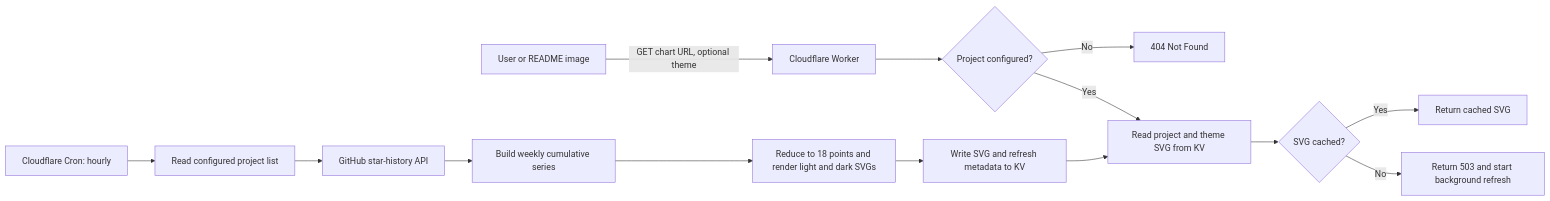
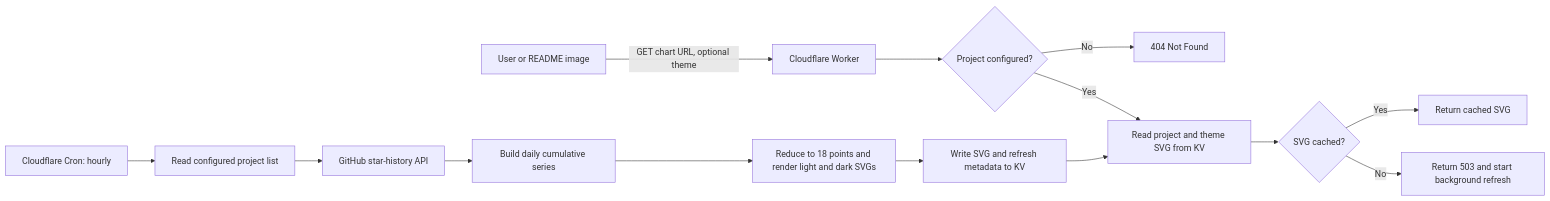
One commit to yuhp/starfolio-worker changed the diagram in docs/design.md. Above: the diagram before and after it, drawn with Mermaid. The commit also changed other lines of this file and 8 other files, not shown here.

````diff
--- a/docs/design.md
+++ b/docs/design.md
@@ -9,17 +9,17 @@
 ```mermaid
 flowchart LR
   User[User or README image] -->|"GET chart URL, optional theme"| Worker[Cloudflare Worker]
   Worker --> Config{Project configured?}
   Config -->|No| NotFound[404 Not Found]
   Config -->|Yes| ReadKV[Read project and theme SVG from KV]
   ReadKV --> Cached{SVG cached?}
   Cached -->|Yes| SVG[Return cached SVG]
   Cached -->|No| ColdStart[Return 503 and start background refresh]
 
   Cron[Cloudflare Cron: hourly] --> Projects[Read configured project list]
   Projects --> GitHub[GitHub star-history API]
-  GitHub --> Aggregate[Build weekly cumulative series]
+  GitHub --> Aggregate[Build daily cumulative series]
   Aggregate --> Render[Reduce to 18 points and render light and dark SVGs]
   Render --> WriteKV[Write SVG and refresh metadata to KV]
   WriteKV --> ReadKV
 ```
````
